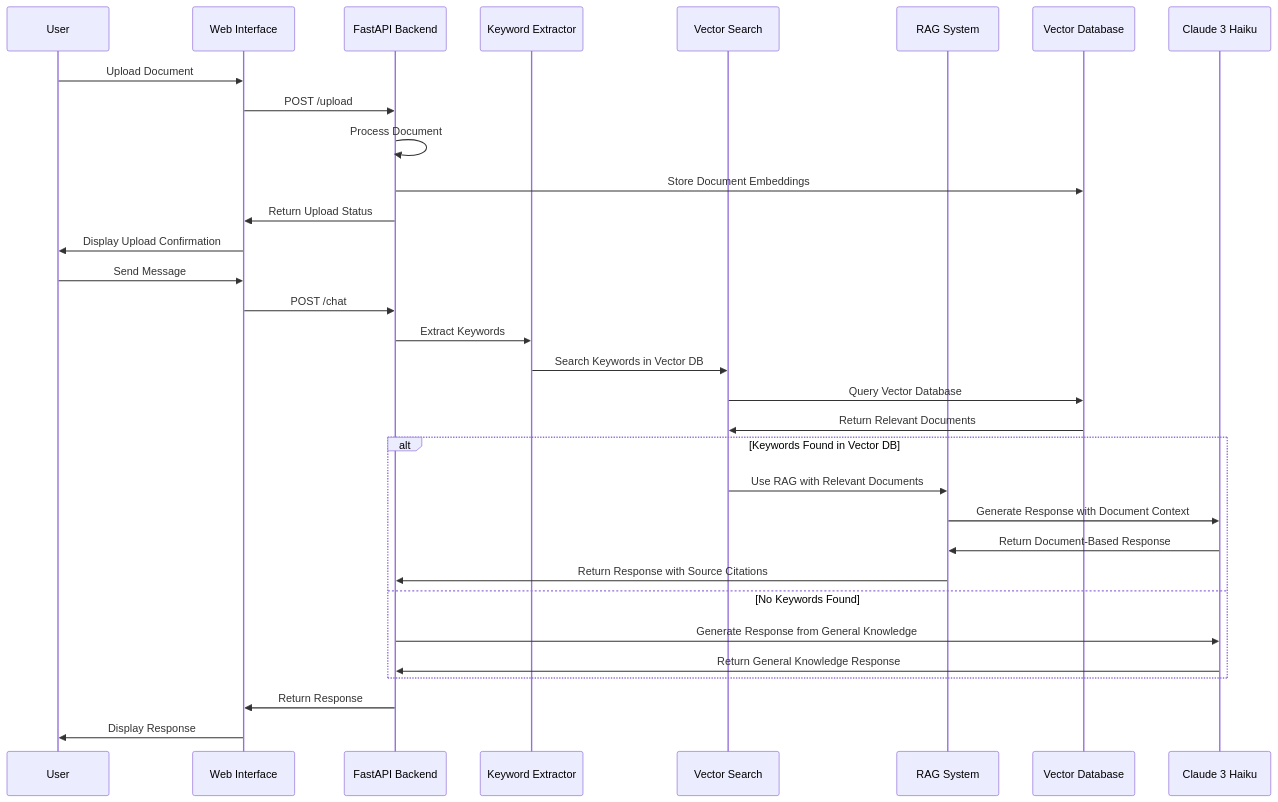
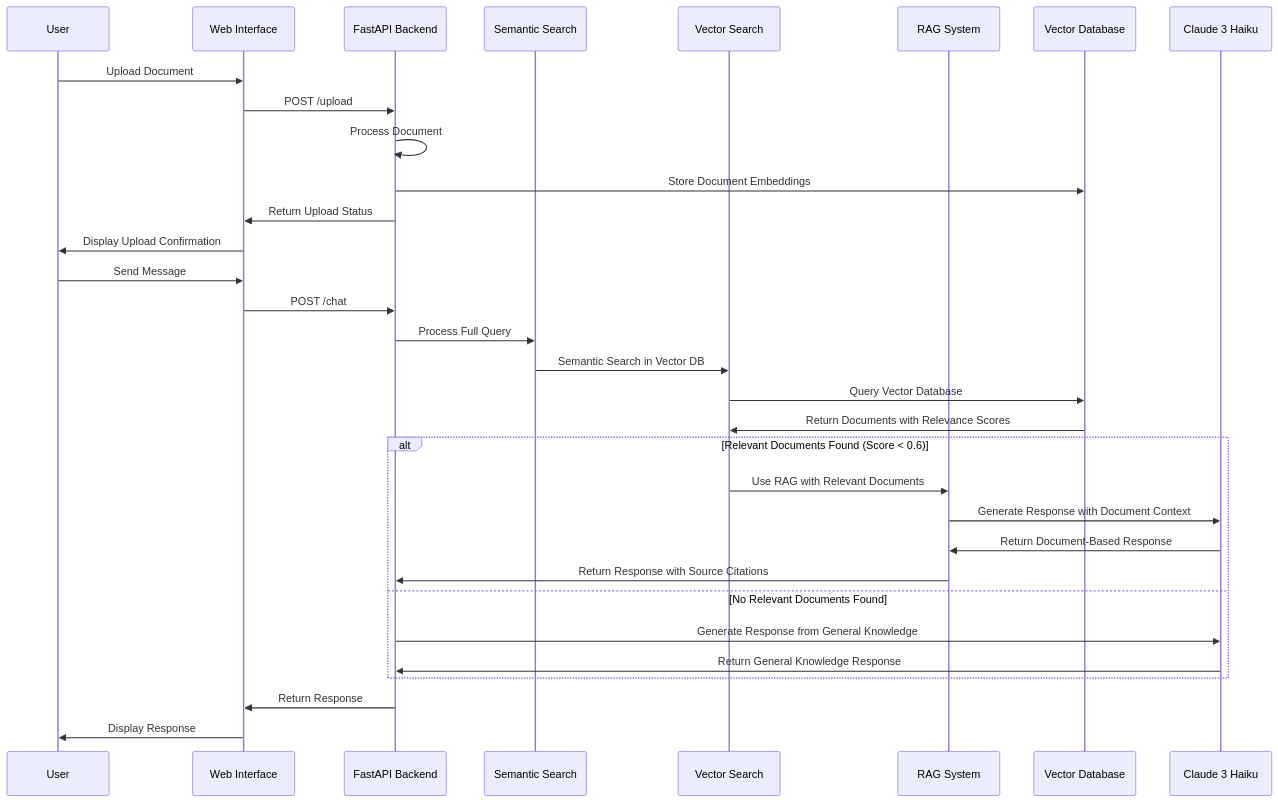
The second of 4 diagrams in docs/architecture.md (gunavj-agent/claudebot), drawn with Mermaid before and after one commit. The commit also changed other lines of this file and 2 other files, not shown here.

Commit message:
Upgrade RAG system from keyword-based to semantic search. Updated architecture docs and README.

````diff
--- a/docs/architecture.md
+++ b/docs/architecture.md
@@ -72,40 +72,40 @@
 ```mermaid
 sequenceDiagram
     participant User
     participant UI as Web Interface
     participant API as FastAPI Backend
-    participant KE as Keyword Extractor
+    participant SS as Semantic Search
     participant VS as Vector Search
     participant RAG as RAG System
     participant VDB as Vector Database
     participant Claude as Claude 3 Haiku
     
     %% Document Upload Flow
     User->>UI: Upload Document
     UI->>API: POST /upload
     API->>API: Process Document
     API->>VDB: Store Document Embeddings
     API->>UI: Return Upload Status
     UI->>User: Display Upload Confirmation
     
     %% Chat Flow
     User->>UI: Send Message
     UI->>API: POST /chat
-    API->>KE: Extract Keywords
-    KE->>VS: Search Keywords in Vector DB
+    API->>SS: Process Full Query
+    SS->>VS: Semantic Search in Vector DB
     VS->>VDB: Query Vector Database
-    VDB->>VS: Return Relevant Documents
+    VDB->>VS: Return Documents with Relevance Scores
     
-    alt Keywords Found in Vector DB
+    alt Relevant Documents Found (Score < 0.6)
         VS->>RAG: Use RAG with Relevant Documents
         RAG->>Claude: Generate Response with Document Context
         Claude->>RAG: Return Document-Based Response
         RAG->>API: Return Response with Source Citations
-    else No Keywords Found
+    else No Relevant Documents Found
         API->>Claude: Generate Response from General Knowledge
         Claude->>API: Return General Knowledge Response
     end
     
     API->>UI: Return Response
     UI->>User: Display Response
 ```
````
